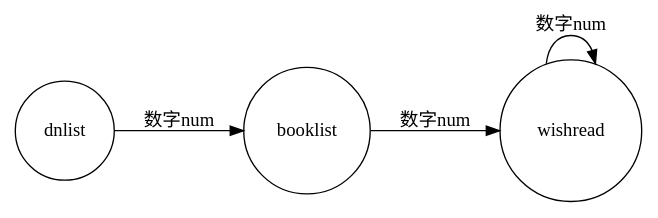
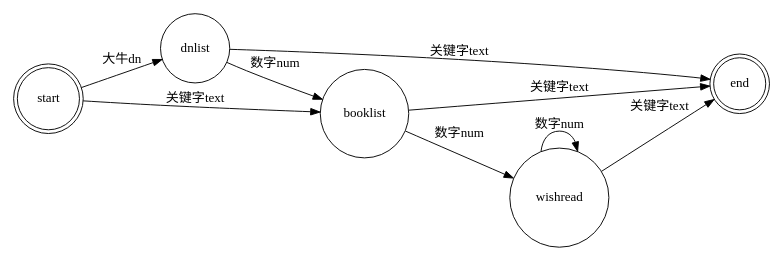
The diagram in freesz/nbfsm.dot (csufuyi/niubility), drawn with Graphviz before and after one commit.

Commit message:
update fms

```diff
--- a/freesz/nbfsm.dot
+++ b/freesz/nbfsm.dot
@@ -1,8 +1,14 @@
 digraph finite_state_machine {
 	rankdir=LR;
 	size="8,5"
+	node [shape = doublecircle]; start end;
 	node [shape = circle];
+	start -> dnlist [ label = "大牛dn" ];
+	start -> booklist [ label = "关键字text" ];
 	dnlist -> booklist [ label = "数字num" ];
 	booklist -> wishread [ label = "数字num" ];
 	wishread -> wishread [ label = "数字num" ];
+	dnlist -> end [ label = "关键字text" ];
+	wishread -> end [ label = "关键字text" ];
+	booklist -> end [ label = "关键字text" ];
 }
```
